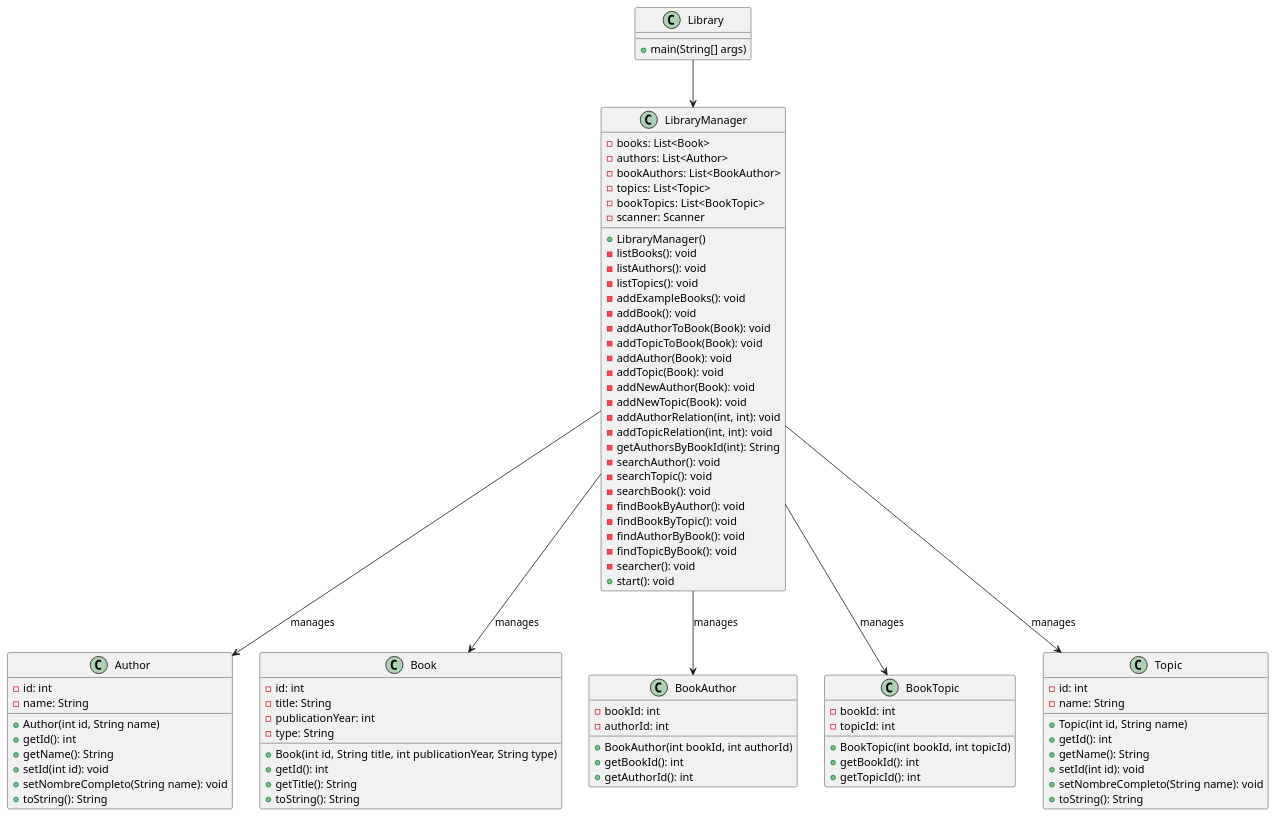
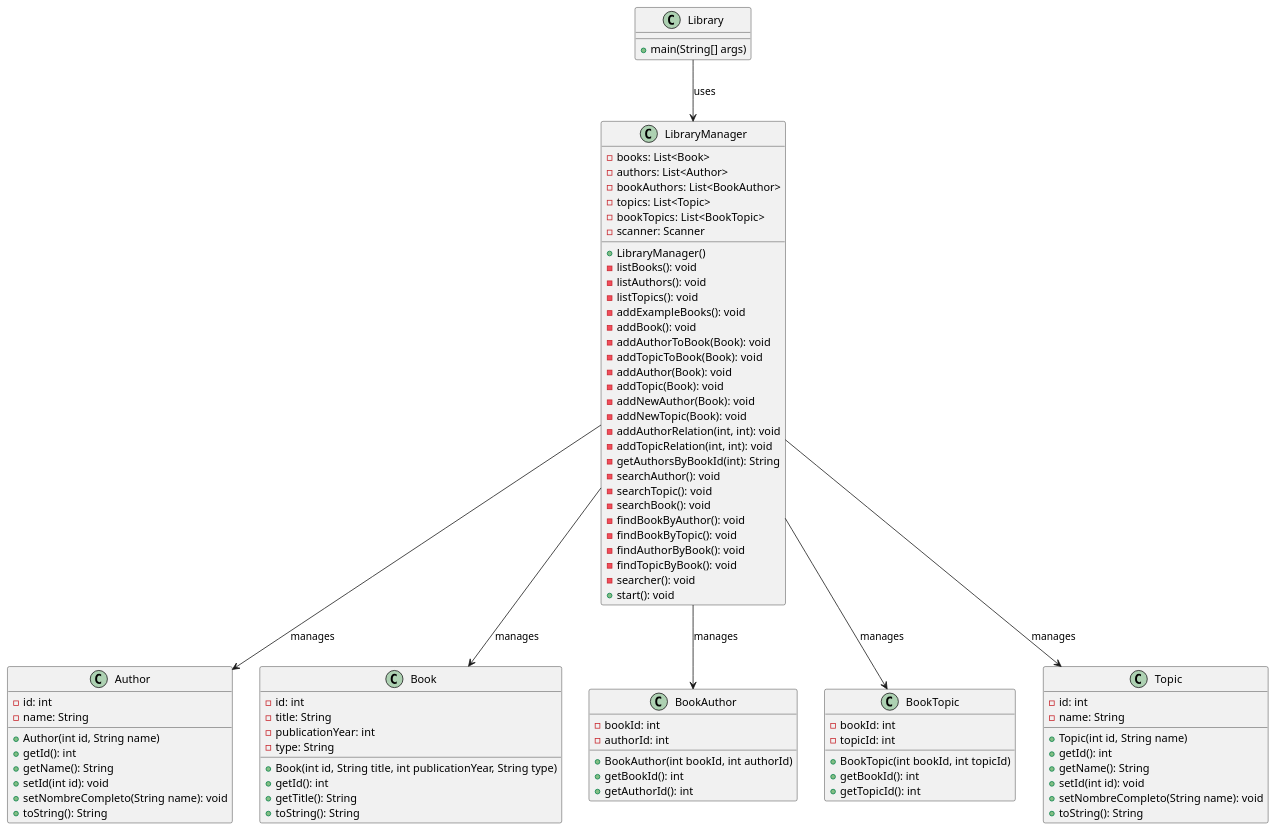
Before and after one commit to mmasias/23-24-eda2-ep: the diagram in entregas/oteroJorge/reto003/documents/Library.puml, drawn with PlantUML.

Commit message:
Some details

```diff
--- a/entregas/oteroJorge/reto003/documents/Library.puml
+++ b/entregas/oteroJorge/reto003/documents/Library.puml
@@ -1,94 +1,93 @@
-@startuml
+@startuml Library
 class Author {
     - id: int
     - name: String
 
     + Author(int id, String name)
     + getId(): int
     + getName(): String
     + setId(int id): void
     + setNombreCompleto(String name): void
     + toString(): String
 }
 class Book {
     - id: int
     - title: String
     - publicationYear: int
     - type: String
 
     + Book(int id, String title, int publicationYear, String type)
     + getId(): int
     + getTitle(): String
     + toString(): String
 }
 class BookAuthor {
     - bookId: int
     - authorId: int
 
     + BookAuthor(int bookId, int authorId)
     + getBookId(): int
     + getAuthorId(): int
 }
 class BookTopic {
     - bookId: int
     - topicId: int
 
     + BookTopic(int bookId, int topicId)
     + getBookId(): int
     + getTopicId(): int
 }
 class Library {
     + main(String[] args)
 }
 class LibraryManager {
     - books: List<Book>
     - authors: List<Author>
     - bookAuthors: List<BookAuthor>
     - topics: List<Topic>
     - bookTopics: List<BookTopic>
     - scanner: Scanner
     + LibraryManager()
     - listBooks(): void
     - listAuthors(): void
     - listTopics(): void
     - addExampleBooks(): void
     - addBook(): void
     - addAuthorToBook(Book): void
     - addTopicToBook(Book): void
     - addAuthor(Book): void
     - addTopic(Book): void
     - addNewAuthor(Book): void
     - addNewTopic(Book): void
     - addAuthorRelation(int, int): void
     - addTopicRelation(int, int): void
     - getAuthorsByBookId(int): String
     - searchAuthor(): void
     - searchTopic(): void
     - searchBook(): void
     - findBookByAuthor(): void
     - findBookByTopic(): void
     - findAuthorByBook(): void
     - findTopicByBook(): void
     - searcher(): void
     + start(): void
 }
 class Topic {
     - id: int
     - name: String
 
     + Topic(int id, String name)
     + getId(): int
     + getName(): String
     + setId(int id): void
     + setNombreCompleto(String name): void
     + toString(): String
 }
-
+Library --> LibraryManager: uses
 
 LibraryManager --> Book: manages
 LibraryManager --> Author: manages
 LibraryManager --> BookAuthor: manages
 LibraryManager --> Topic: manages
 LibraryManager --> BookTopic: manages
-Library --> LibraryManager
 @enduml
```
